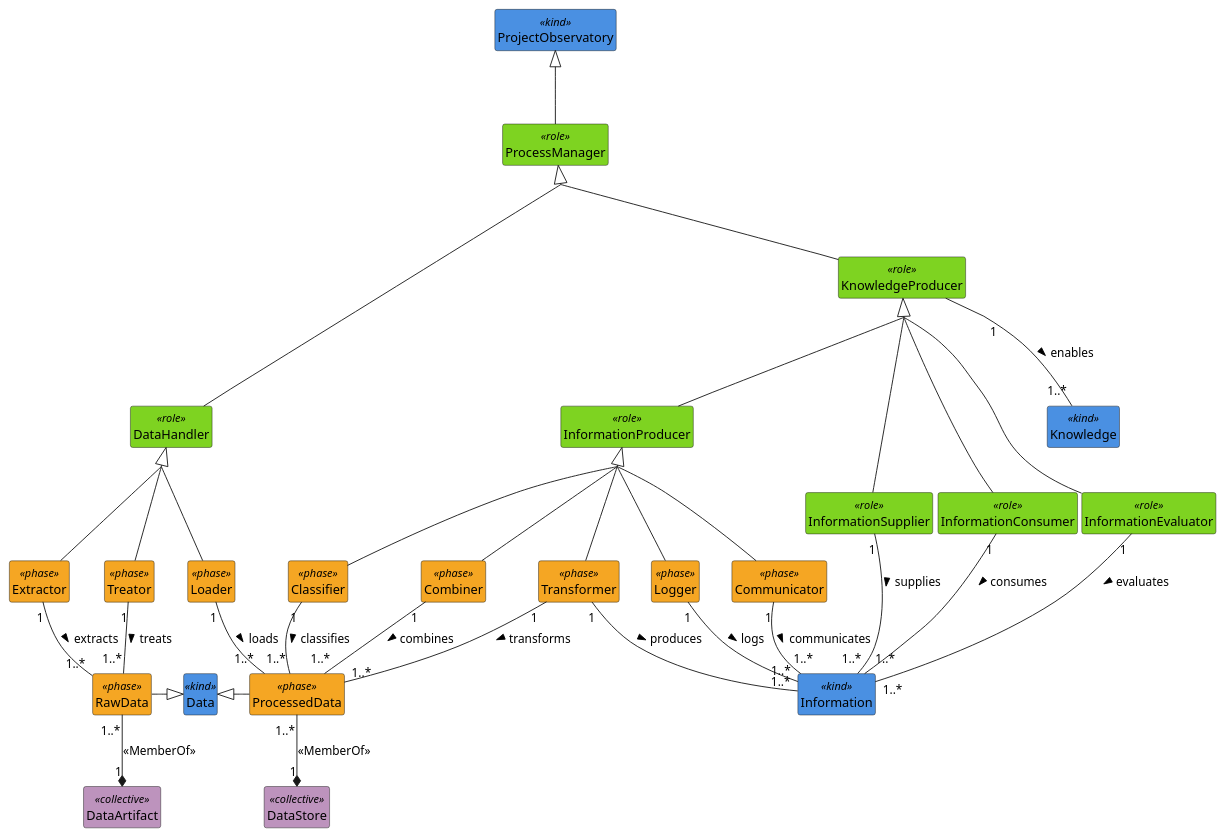
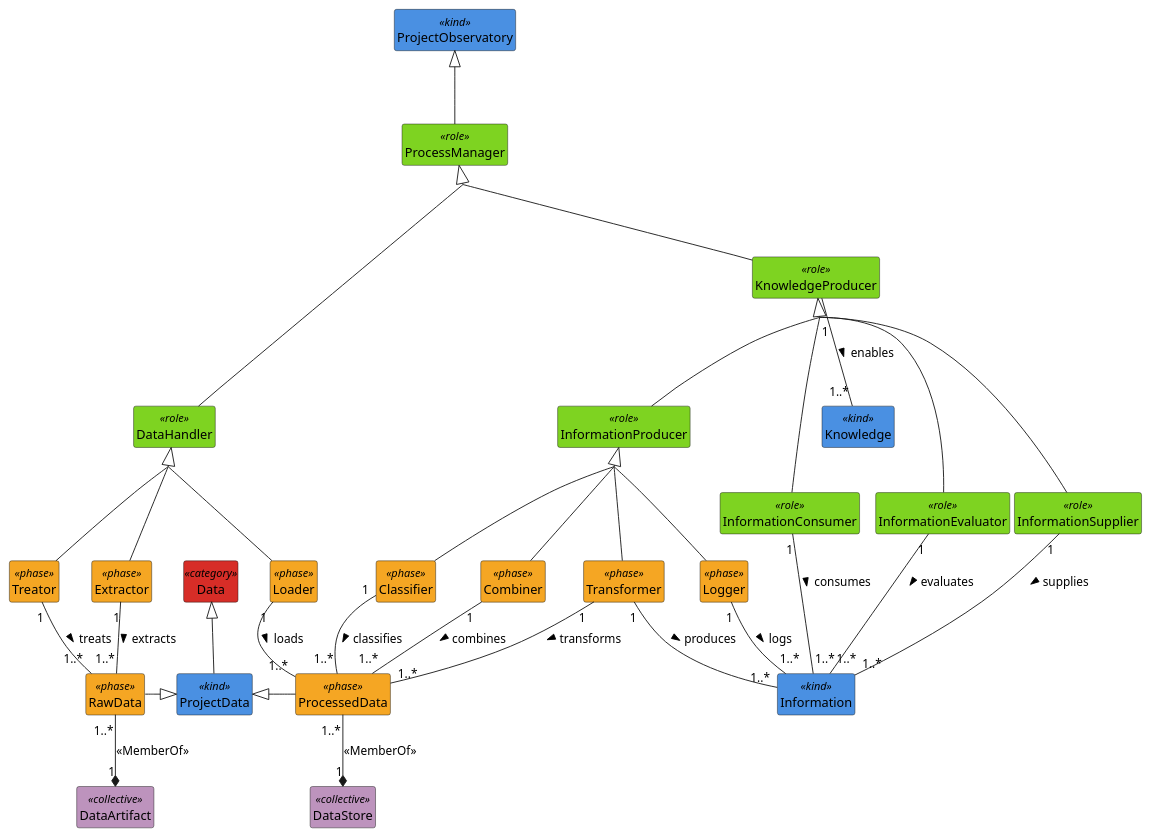
The diagram in mpo_processes.puml (kvojps/onto-mpo), drawn with PlantUML before and after one commit.

Commit message:
[refac]: update Data class to category and adjust relationships in mpo_processes

```diff
--- a/mpo_processes.puml
+++ b/mpo_processes.puml
@@ -1,74 +1,75 @@
 @startuml DataHandler
 skinparam groupInheritance 2
+hide <<category>> circle
 hide <<kind>> circle
 hide <<phase>> circle
 hide <<role>> circle
 hide <<collective>> circle
 hide members
 hide methods
 
 class ProjectObservatory<<kind>> #4A90E2 {}
 class ProcessManager <<role>> #7ED321 {}
 class DataHandler <<role>> #7ED321 {}
 ProjectObservatory <|-- ProcessManager
 ProcessManager <|-- DataHandler
 
 class Extractor <<phase>> #F5A623 {}
 class Treator <<phase>> #F5A623 {}
 class Loader <<phase>> #F5A623 {}
 DataHandler <|-- Extractor
 DataHandler <|-- Treator
 DataHandler <|-- Loader
 
-class Data <<kind>> #4A90E2 {}
+class Data <<category>> #d72d27 {}
+Data <|-- ProjectData
+
+class ProjectData <<kind>> #4A90E2 {}
 class RawData <<phase>> #F5A623 {}
 class DataArtifact <<collective>> #BD93BD {}
 class ProcessedData <<phase>> #F5A623 {}
 class DataStore <<collective>> #BD93BD {}  
-Data <|-left- RawData
+ProjectData <|-left- RawData
 DataArtifact "1" *-up- "1..*" RawData : <<MemberOf>>
-Data <|-right- ProcessedData
+ProjectData <|-right- ProcessedData
 DataStore "1" *-up- "1..*" ProcessedData : <<MemberOf>>
 Extractor "1" -- "1..*" RawData : extracts >
 Treator "1" -- "1..*" RawData : treats >
 Loader "1" -- "1..*" ProcessedData : loads >
 
 class KnowledgeProducer <<role>> #7ED321 {}
 ProcessManager <|-- KnowledgeProducer
 
 class InformationProducer <<role>> #7ED321 {}
 class Classifier <<phase>> #F5A623 {}
 class Combiner <<phase>> #F5A623 {}
 class Transformer <<phase>> #F5A623 {}
 class Information <<kind>> #4A90E2 {}
 class Logger <<phase>> #F5A623 {}
-class Communicator <<phase>> #F5A623 {}
 KnowledgeProducer <|-- InformationProducer
 InformationProducer <|-- Classifier
 Classifier "1" -- "1..*" ProcessedData : classifies >
 InformationProducer <|-- Combiner
 Combiner "1" -- "1..*" ProcessedData : combines >
 InformationProducer <|-- Transformer
 Transformer "1" -- "1..*" ProcessedData : transforms >
 Transformer "1" -- "1..*" Information : produces >
 InformationProducer <|-- Logger
 Logger "1" -- "1..*" Information : logs >
-InformationProducer <|-- Communicator
-Communicator "1" -- "1..*" Information : communicates >
 
 class InformationSupplier <<role>> #7ED321 {}
 KnowledgeProducer <|-- InformationSupplier
 InformationSupplier "1" -- "1..*" Information : supplies >
 
 class InformationConsumer <<role>> #7ED321 {}
 KnowledgeProducer <|-- InformationConsumer
 InformationConsumer "1" -- "1..*" Information : consumes >
 
 class InformationEvaluator <<role>> #7ED321 {}
 KnowledgeProducer <|-- InformationEvaluator
 InformationEvaluator "1" -- "1..*" Information : evaluates >
 
 class Knowledge <<kind>> #4A90E2 {}
 KnowledgeProducer "1" -- "1..*" Knowledge : enables >
 
 @enduml
```
